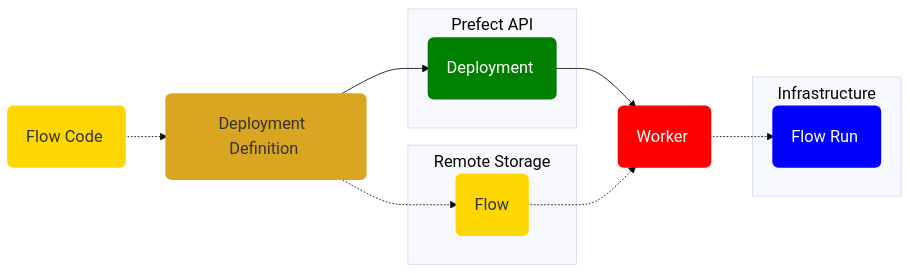
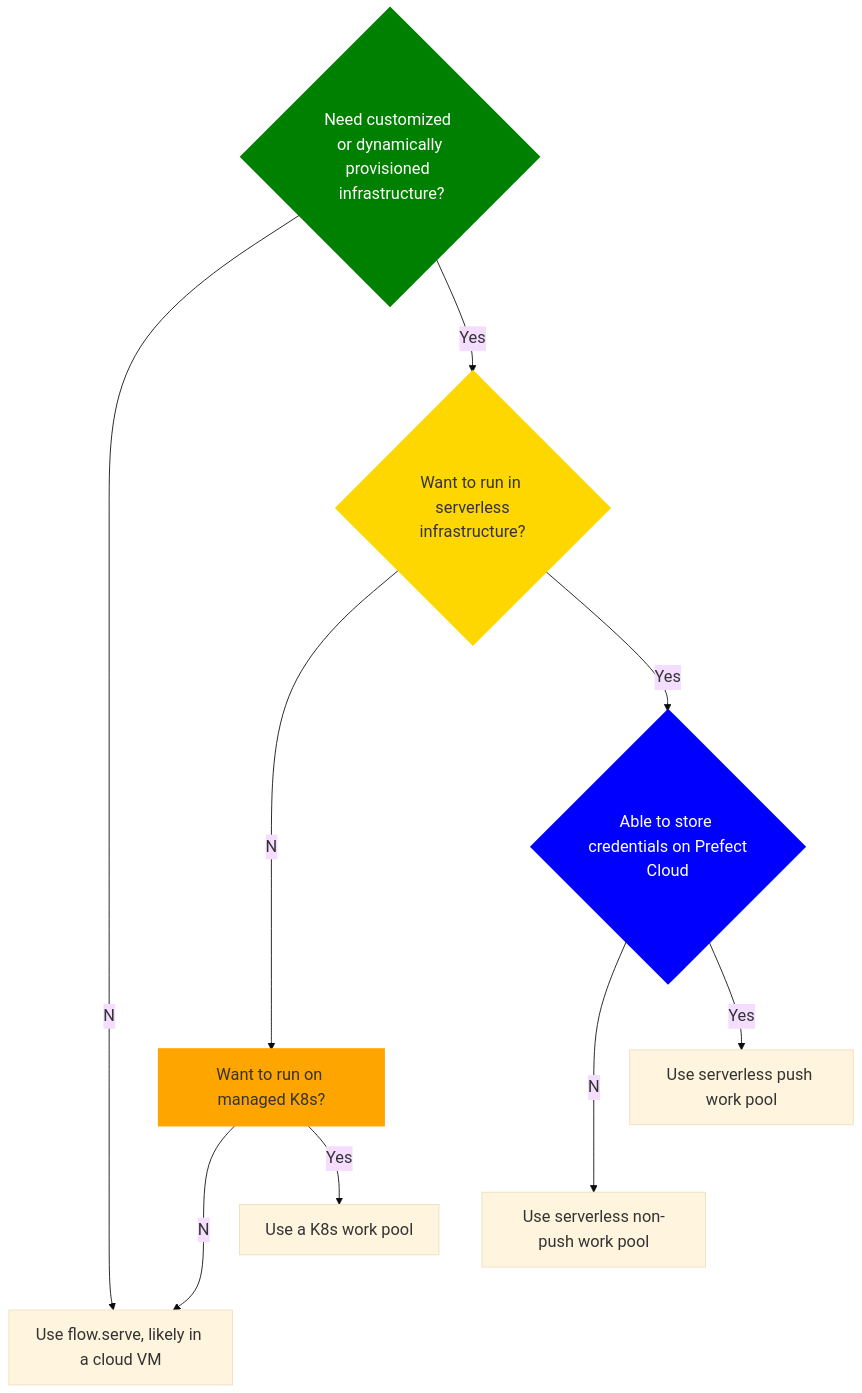
The diagram in docs/guides/deployment/choosing.md (PrefectHQ/prefect), drawn with Mermaid before and after one commit. The commit also changed other lines of this file, not shown here.

Commit message:
improved flow chart

````diff
--- a/docs/guides/deployment/choosing.md
+++ b/docs/guides/deployment/choosing.md
@@ -23,36 +23,35 @@
 ```mermaid
 %%{
   init: {
     'theme': 'base',
     'themeVariables': {
       'fontSize': '19px'
     }
   }
 }%%
 
-flowchart LR
-    F("<div style='margin: 5px 10px 5px 5px;'>Flow Code</div>"):::yellow -.-> A("<div style='margin: 5px 10px 5px 5px;'>Deployment Definition</div>"):::gold
-    subgraph Server ["<div style='width: 150px; text-align: center; margin-top: 5px;'>Prefect API</div>"]
-        D("<div style='margin: 5px 10px 5px 5px;'>Deployment</div>"):::green
-    end
-    subgraph Remote Storage ["<div style='width: 160px; text-align: center; margin-top: 5px;'>Remote Storage</div>"]
-        B("<div style='margin: 5px 6px 5px 5px;'>Flow</div>"):::yellow
-    end
-    subgraph Infrastructure ["<div style='width: 150px; text-align: center; margin-top: 5px;'>Infrastructure</div>"]
-        G("<div style='margin: 5px 10px 5px 5px;'>Flow Run</div>"):::blue
-    end
+flowchart TD
+    A{Need customized <br> or dynamically provisioned <br> infrastructure?}:::green--No-->B[Use flow.serve, likely in a cloud VM]
+    A--Yes-->C{Want to run in <br> serverless infrastructure?}:::yellow
+    C--No-->D[Want to run on managed K8s?]:::orange
+    C--Yes-->E{Able to store <br> credentials on Prefect Cloud}:::blue
+    D--No-->B
+    D--Yes-->G[Use a K8s work pool]
+    E--No-->H[Use serverless non-push work pool]
+    E--Yes-->I[Use serverless push work pool]
+  
 
-    A --> D
-    D --> E("<div style='margin: 5px 10px 5px 5px;'>Worker</div>"):::red
-    B -.-> E
-    A -.-> B
-    E -.-> G
+    click B "/tutorial/deployments/" _blank
+    click G "/guides/deployment/kubernetes/" _blank
+    click H "https://prefecthq.github.io/prefect-aws/#using-prefect-with-aws-ecs/" _blank
+    click I "/guides/deployment/push-work-pools/" _blank
 
     classDef gold fill:goldenrod,stroke:goldenrod,stroke-width:4px
     classDef yellow fill:gold,stroke:gold,stroke-width:4px
     classDef gray fill:lightgray,stroke:lightgray,stroke-width:4px
     classDef blue fill:blue,stroke:blue,stroke-width:4px,color:white
     classDef green fill:green,stroke:green,stroke-width:4px,color:white
     classDef red fill:red,stroke:red,stroke-width:4px,color:white
+    classDef orange fill:orange,stroke:orange,stroke-width:4px
     classDef dkgray fill:darkgray,stroke:darkgray,stroke-width:4px,color:white
 ```
````
